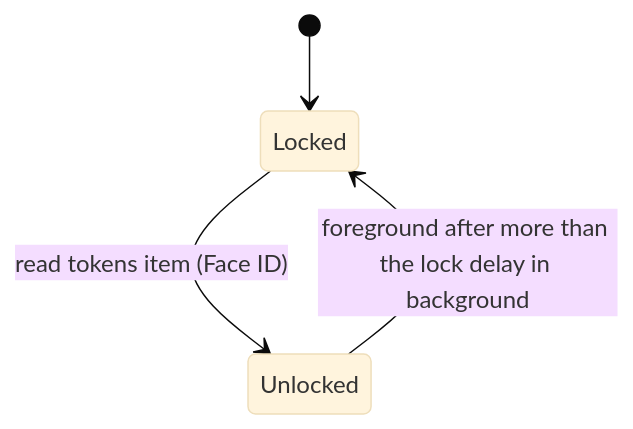
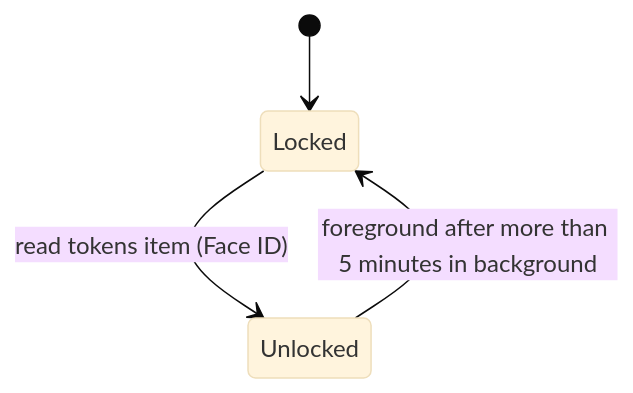
Before and after one commit to haowjy/tether: the diagram in docs/design/auth.md, drawn with Mermaid (base theme). The commit also changed other lines of this file and 70 other files, not shown here.

````diff
--- a/docs/design/auth.md
+++ b/docs/design/auth.md
@@ -605,6 +614,6 @@
 ```mermaid
 stateDiagram-v2
   [*] --> Locked
   Locked --> Unlocked: read tokens item (Face ID)
-  Unlocked --> Locked: foreground after more than the lock delay in background
+  Unlocked --> Locked: foreground after more than 5 minutes in background
 ```
````
